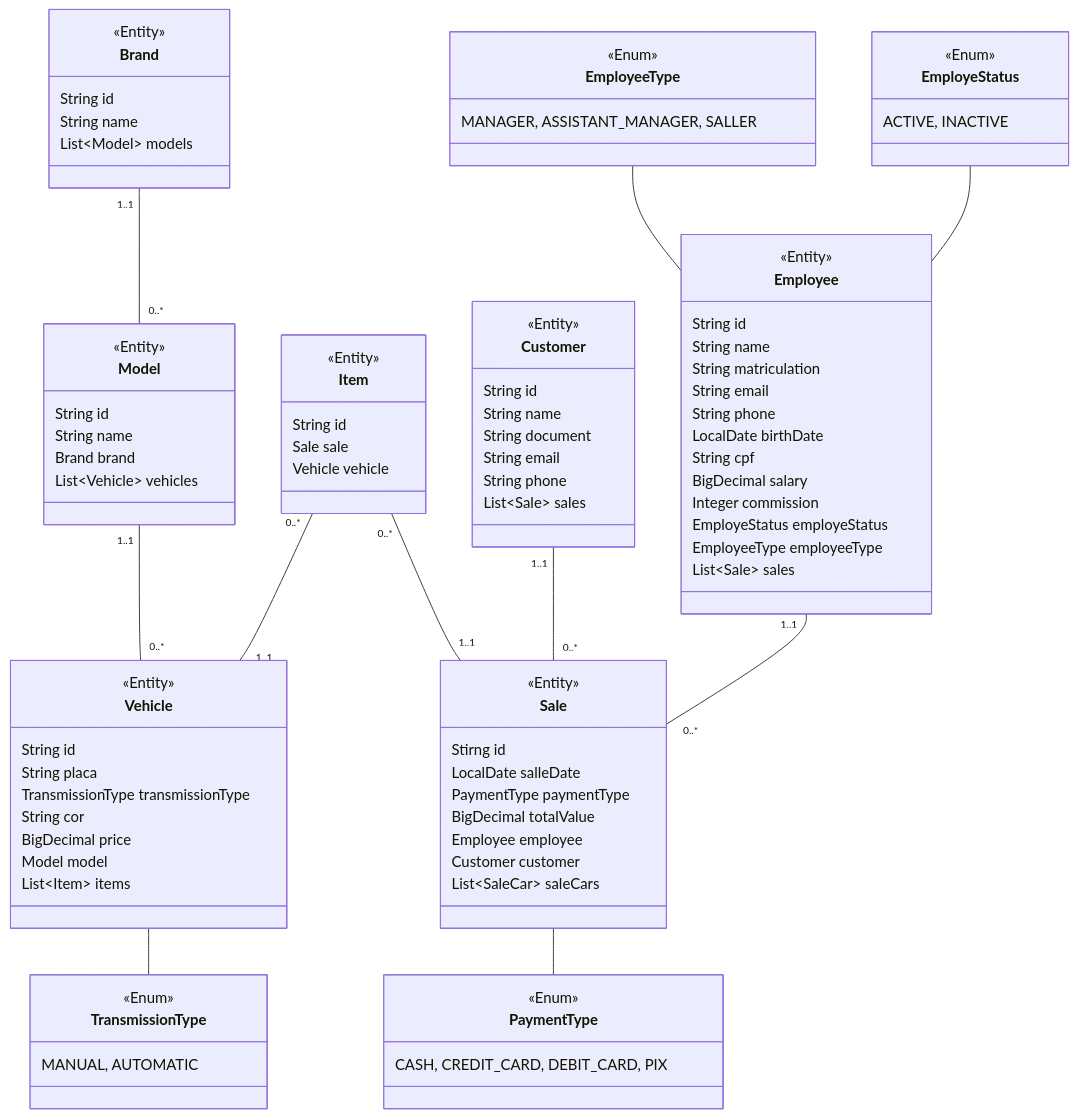
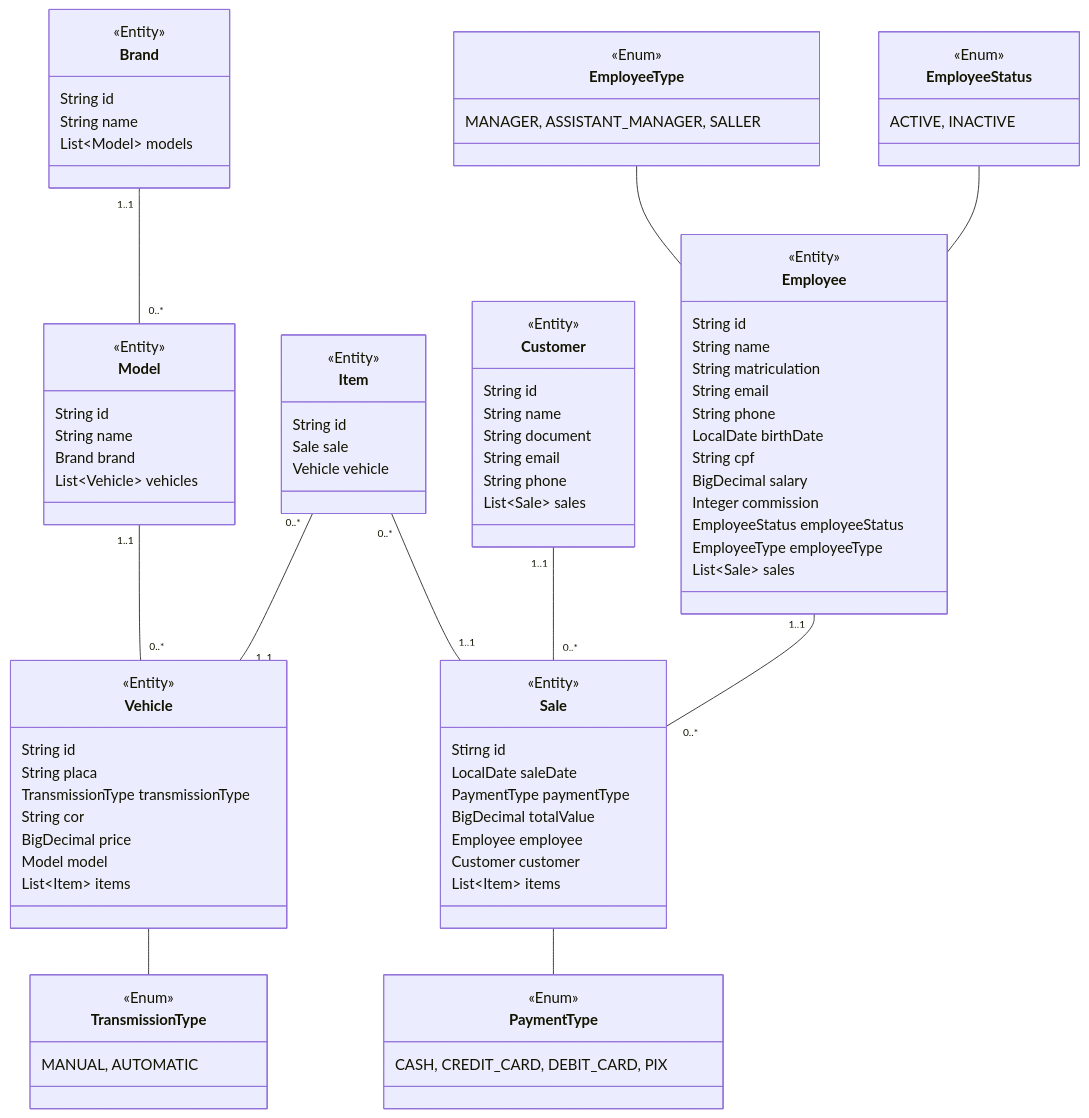
Before and after one commit to abnerjosefelixbarbosa/concessionaria: the diagram in README.md, drawn with Mermaid.

Commit message:
docs: Corrigindo modelo da entidade funcionário e venda.

```diff
--- a/README.md
+++ b/README.md
@@ -17,7 +17,7 @@
 
 Brand "1..1" -- "0..*" Model
 
-EmployeStatus -- Employee
+EmployeeStatus -- Employee
 
 EmployeeType -- Employee
 
@@ -36,7 +36,7 @@
 String cpf
 BigDecimal salary
 Integer commission
-EmployeStatus employeStatus
+EmployeeStatus employeeStatus
 EmployeeType employeeType
 List~Sale~ sales
 }
@@ -54,12 +54,12 @@
 class Sale {
 <<Entity>>
 Stirng id
-LocalDate salleDate
+LocalDate saleDate
 PaymentType paymentType
 BigDecimal totalValue
 Employee employee
 Customer customer
-List~SaleCar~ saleCars
+List~Item~ items
 }
 
 class Item {
@@ -95,7 +95,7 @@
 List~Model~ models
 }
 
-class EmployeStatus {
+class EmployeeStatus {
 <<Enum>>
 ACTIVE, INACTIVE
 } 
```
